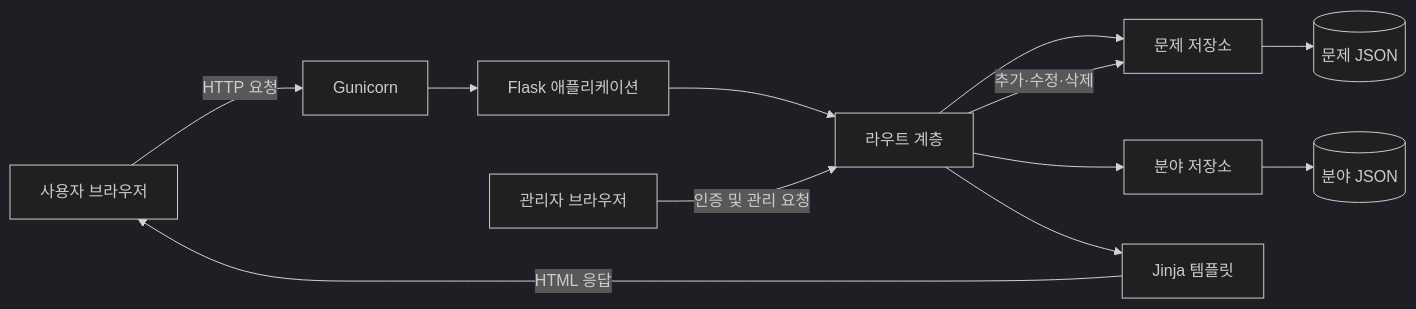
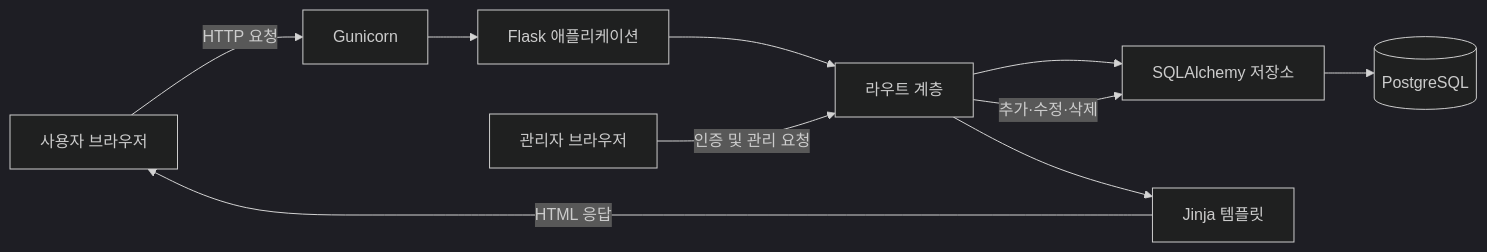
Before and after one commit to yangsong3/ml_class_testexam_web: the first of 2 diagrams in Architecture.md, drawn with Mermaid (dark theme). The commit also changed other lines of this file and 24 other files, not shown here.

````diff
--- a/Architecture.md
+++ b/Architecture.md
@@ -17,14 +17,12 @@
 ```mermaid
 flowchart LR
     U[사용자 브라우저] -->|HTTP 요청| G[Gunicorn]
     G --> F[Flask 애플리케이션]
     F --> R[라우트 계층]
-    R --> S[문제 저장소]
-    S --> J[(문제 JSON)]
-    R --> C[분야 저장소]
-    C --> K[(분야 JSON)]
+    R --> S[SQLAlchemy 저장소]
+    S --> P[(PostgreSQL)]
     R --> T[Jinja 템플릿]
     T -->|HTML 응답| U
     A[관리자 브라우저] -->|인증 및 관리 요청| R
     R -->|추가·수정·삭제| S
 ```
````
